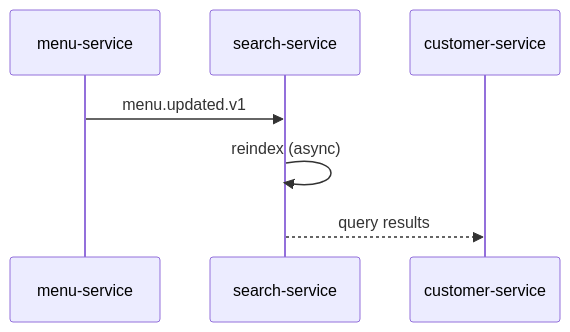
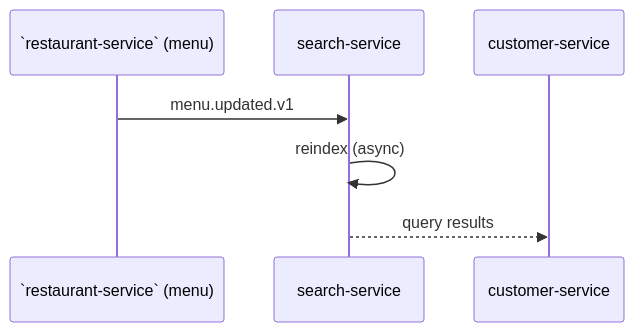
Before and after one commit to mohamedhabibwork/trips-enjoy-docs: the fourth of 5 diagrams in docs/architecture/CONSISTENCY_STRATEGY.md, drawn with Mermaid. The commit also changed other lines of this file and 525 other files, not shown here.

````diff
--- a/docs/architecture/CONSISTENCY_STRATEGY.md
+++ b/docs/architecture/CONSISTENCY_STRATEGY.md
@@ -140,10 +140,10 @@
 ```mermaid
 sequenceDiagram
-    participant MN as menu-service
+    participant MN as `restaurant-service` (menu)
     participant SR as search-service
     participant CC as customer-service
 
     MN->>SR: menu.updated.v1
     SR->>SR: reindex (async)
     SR-->>CC: query results
 ```
````
